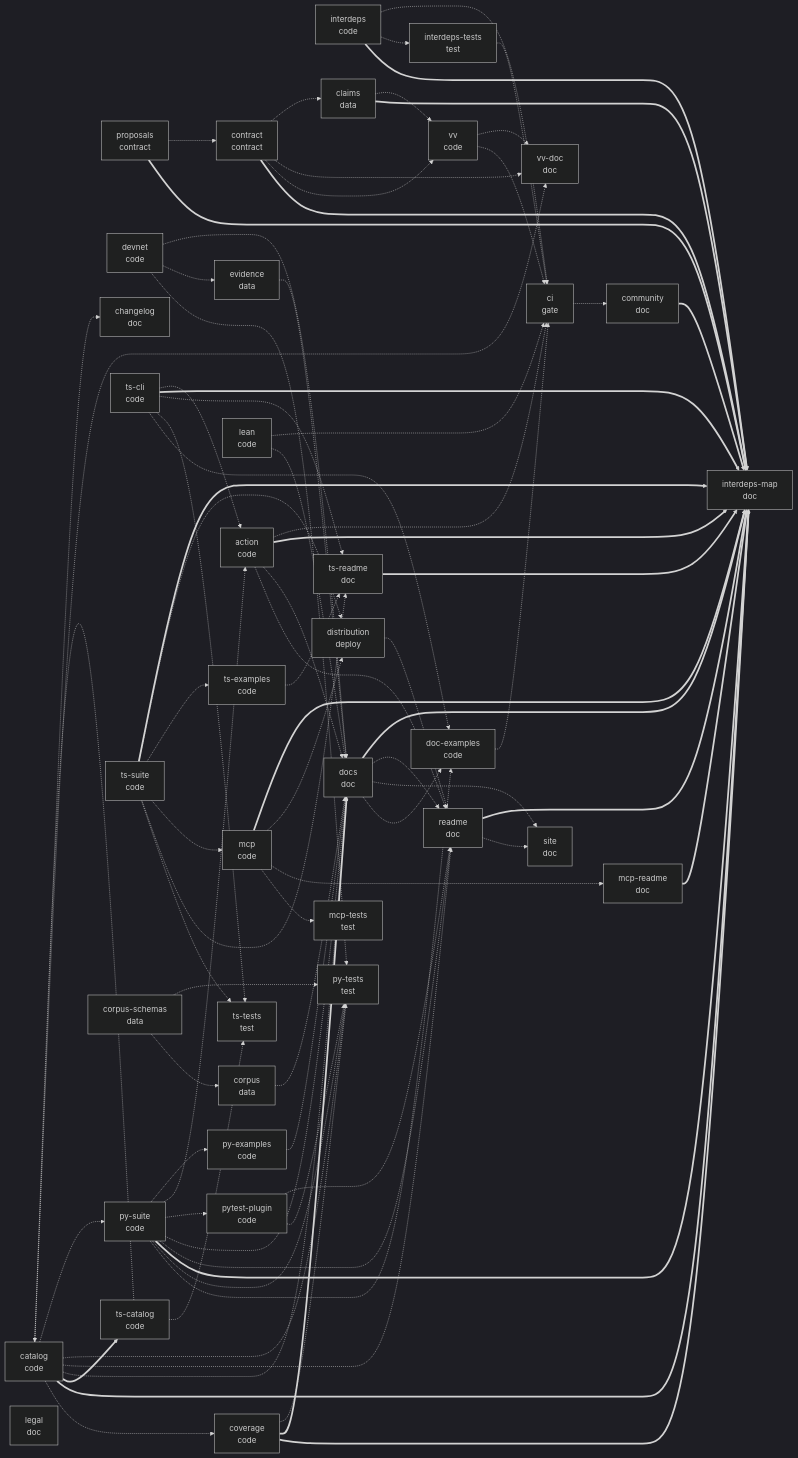
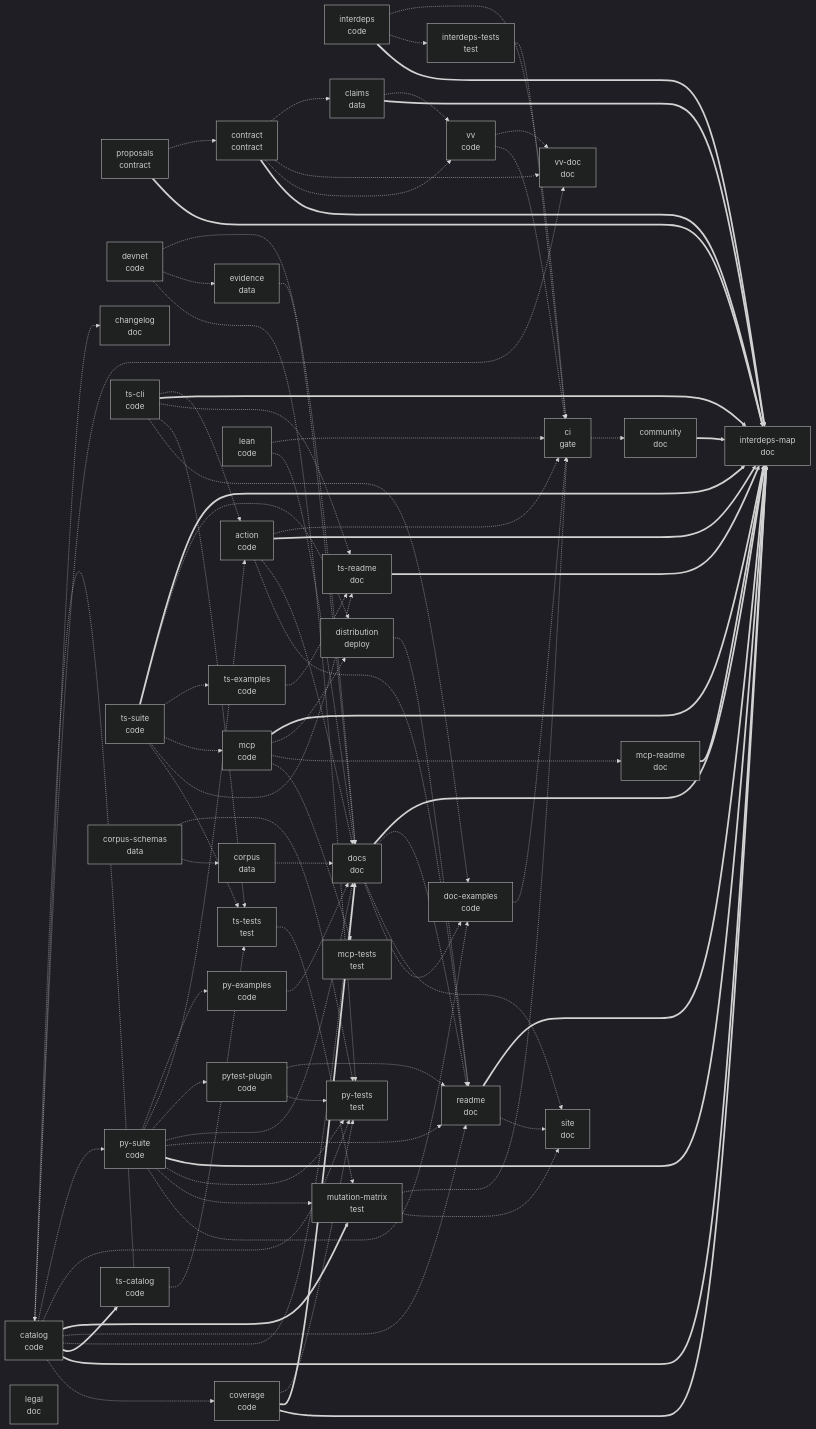
The second of 2 diagrams in docs/INTERDEPENDENCY.md (actions-marketplace-validations/atsp-protocol_x402-conformance), drawn with Mermaid (dark theme) before and after one commit. The commit also changed other lines of this file and 9 other files, not shown here.

First line of the commit message:
XC-29: the mutation matrix, published and checked, and the false-positive register (#61)

```diff
--- a/docs/INTERDEPENDENCY.md
+++ b/docs/INTERDEPENDENCY.md
@@ -348,6 +348,7 @@
   mcp["mcp<br/>code"]
   action["action<br/>code"]
   distribution["distribution<br/>deploy"]
+  mutation_matrix["mutation-matrix<br/>test"]
   site["site<br/>doc"]
   lean["lean<br/>code"]
   corpus_schemas["corpus-schemas<br/>data"]
@@ -385,6 +386,11 @@
   catalog ==> ts_catalog
   catalog -.-> docs
   catalog -.-> readme
+  catalog ==> mutation_matrix
+  py_suite -.-> mutation_matrix
+  ts_tests -.-> mutation_matrix
+  mutation_matrix -.-> site
+  mutation_matrix -.-> ci
   catalog -.-> py_tests
   catalog -.-> py_suite
   catalog -.-> vv_doc
```
